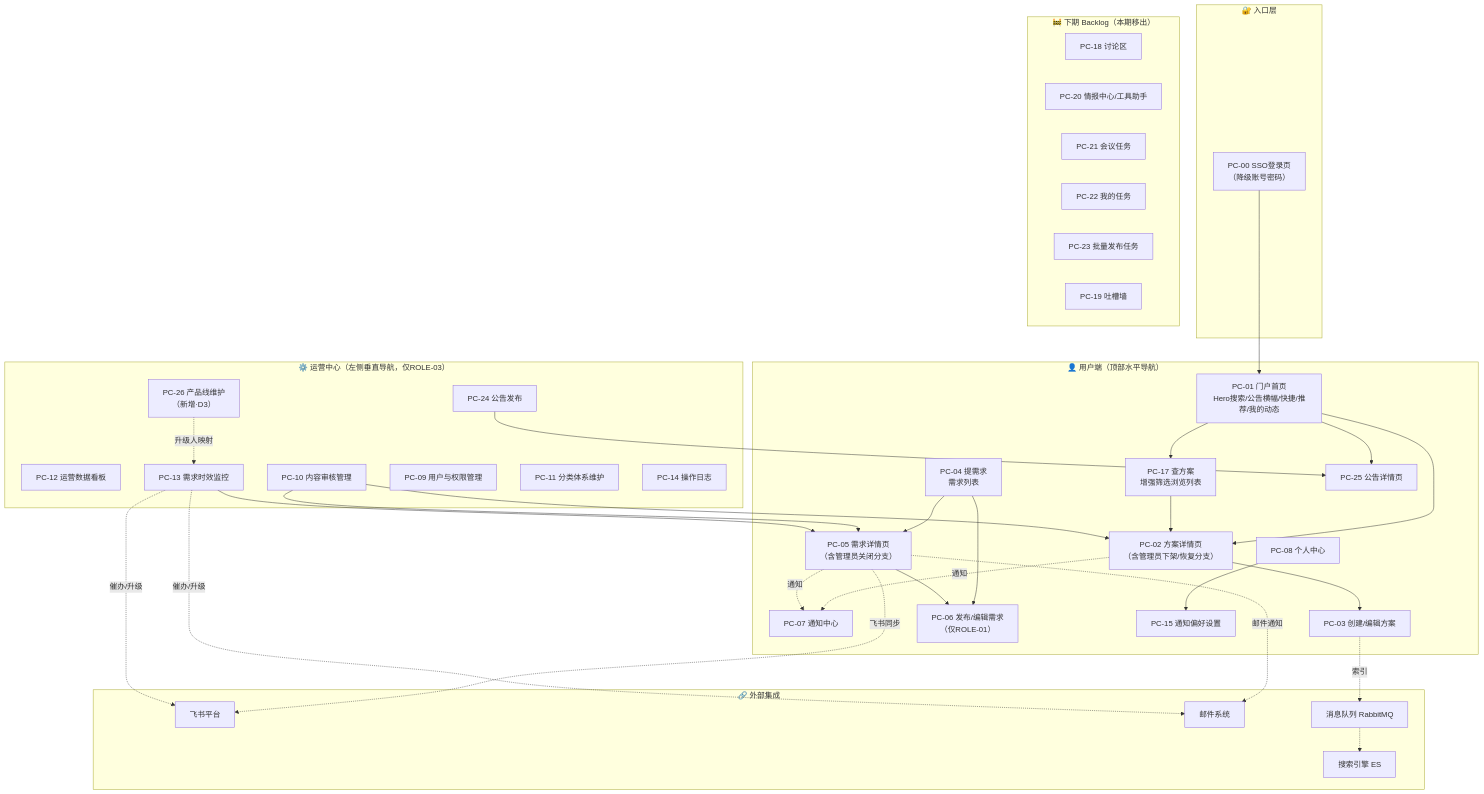
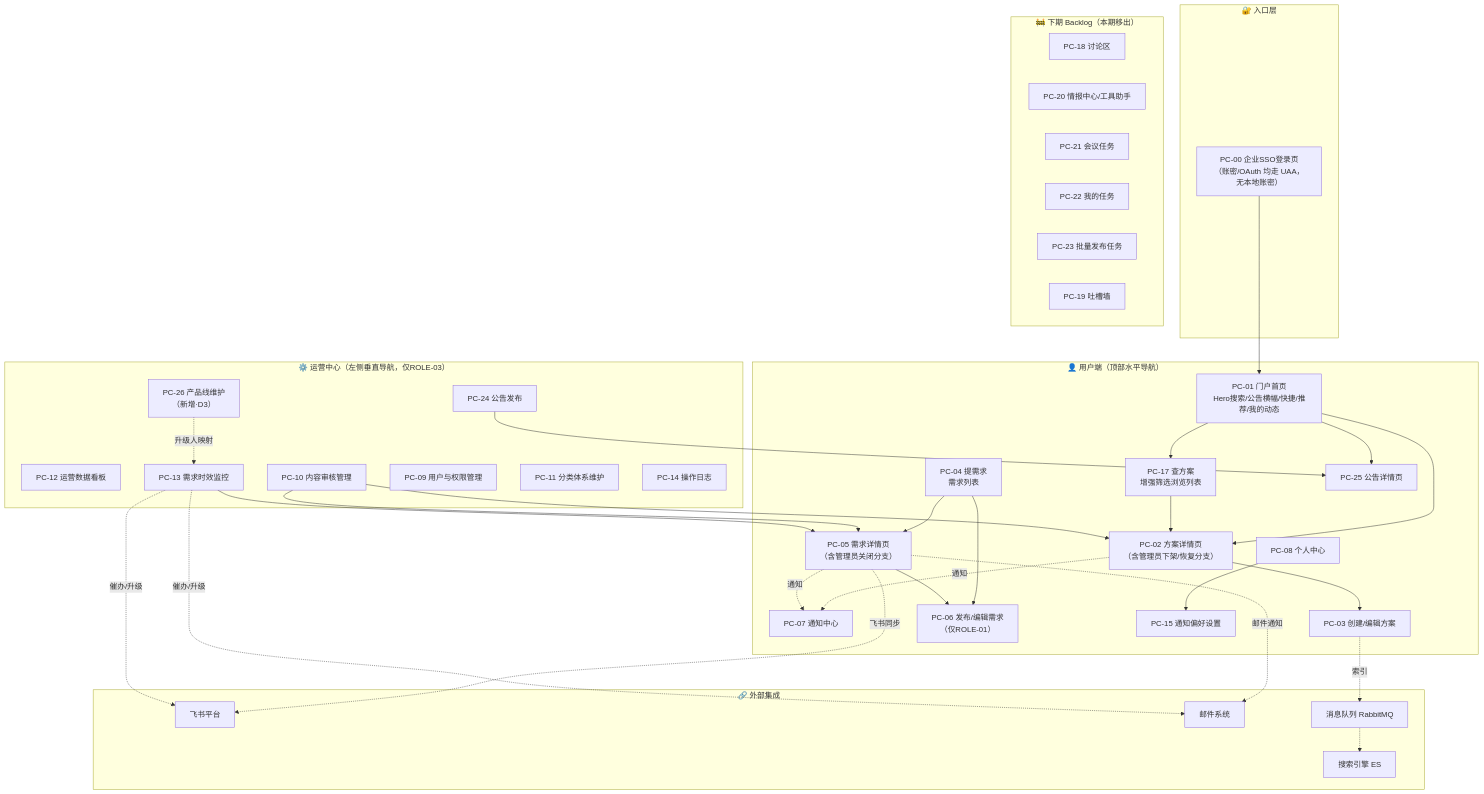
One commit to Woaini654321/efficiency-improvement changed the diagram in PRD/商机平台/产品文档-v2.0/00_项目总纲_v2.md. Above: the diagram before and after it, drawn with Mermaid. The commit also changed other lines of this file and 122 other files, not shown here.

````diff
--- a/PRD/商机平台/产品文档-v2.0/00_项目总纲_v2.md
+++ b/PRD/商机平台/产品文档-v2.0/00_项目总纲_v2.md
@@ -204,75 +204,75 @@
 ```mermaid
 flowchart TB
     subgraph 入口["🔐 入口层"]
-        LOGIN["PC-00 SSO登录页<br/>（降级账号密码）"]
+        LOGIN["PC-00 企业SSO登录页<br/>（账密/OAuth 均走 UAA，无本地账密）"]
     end
 
     subgraph 用户端["👤 用户端（顶部水平导航）"]
         HOME["PC-01 门户首页<br/>Hero搜索/公告横幅/快捷/推荐/我的动态"]
         SEARCH_RESULT["PC-17 查方案<br/>增强筛选浏览列表"]
         REQ_LIST["PC-04 提需求<br/>需求列表"]
         NOTIFY_CENTER["PC-07 通知中心"]
         PROFILE["PC-08 个人中心"]
 
         OPP_DETAIL["PC-02 方案详情页<br/>（含管理员下架/恢复分支）"]
         OPP_EDIT["PC-03 创建/编辑方案"]
         REQ_DETAIL["PC-05 需求详情页<br/>（含管理员关闭分支）"]
         REQ_EDIT["PC-06 发布/编辑需求<br/>（仅ROLE-01）"]
         NOTIFY_PREFS["PC-15 通知偏好设置"]
         ANN_USER["PC-25 公告详情页"]
     end
 
     subgraph 运营中心["⚙️ 运营中心（左侧垂直导航，仅ROLE-03）"]
         DASHBOARD["PC-12 运营数据看板"]
         AUDIT["PC-10 内容审核管理"]
         SLA_MONITOR["PC-13 需求时效监控"]
         USERS["PC-09 用户与权限管理"]
         DICT["PC-11 分类体系维护"]
         AUDIT_LOG["PC-14 操作日志"]
         ANN_MGR["PC-24 公告发布"]
         PLINE["PC-26 产品线维护<br/>（新增·D3）"]
     end
 
     subgraph 下期["🚧 下期 Backlog（本期移出）"]
         DISCUSS["PC-18 讨论区"]
         INTEL["PC-20 情报中心/工具助手"]
         MEETING["PC-21 会议任务"]
         MYTASK["PC-22 我的任务"]
         BATCH["PC-23 批量发布任务"]
         WALL["PC-19 吐槽墙"]
     end
 
     subgraph 外部["🔗 外部集成"]
         FEISHU["飞书平台"]
         EMAIL["邮件系统"]
         ES["搜索引擎 ES"]
         MQ["消息队列 RabbitMQ"]
     end
 
     LOGIN --> HOME
     HOME --> OPP_DETAIL
     HOME --> SEARCH_RESULT
     HOME --> ANN_USER
     SEARCH_RESULT --> OPP_DETAIL
     OPP_DETAIL --> OPP_EDIT
     REQ_LIST --> REQ_DETAIL
     REQ_LIST --> REQ_EDIT
     REQ_DETAIL --> REQ_EDIT
     PROFILE --> NOTIFY_PREFS
 
     OPP_DETAIL -.->|通知| NOTIFY_CENTER
     REQ_DETAIL -.->|通知| NOTIFY_CENTER
     REQ_DETAIL -.->|飞书同步| FEISHU
     REQ_DETAIL -.->|邮件通知| EMAIL
     SLA_MONITOR -.->|催办/升级| FEISHU
     SLA_MONITOR -.->|催办/升级| EMAIL
     PLINE -.->|升级人映射| SLA_MONITOR
     ANN_MGR --> ANN_USER
     AUDIT --> OPP_DETAIL
     AUDIT --> REQ_DETAIL
     SLA_MONITOR --> REQ_DETAIL
     OPP_EDIT -.->|索引| MQ
     MQ -.-> ES
 
     class DISCUSS,INTEL,MEETING,MYTASK,BATCH,WALL deferred;
 ```
````
